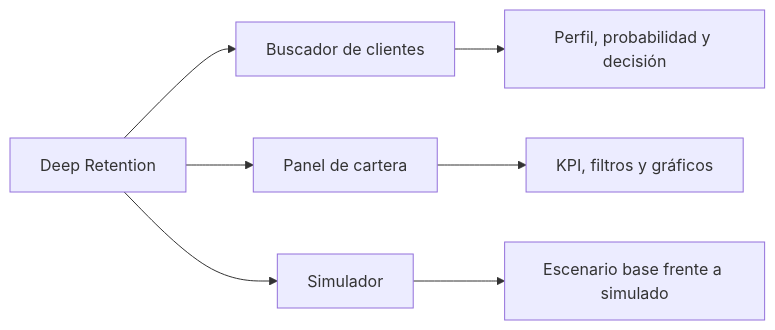
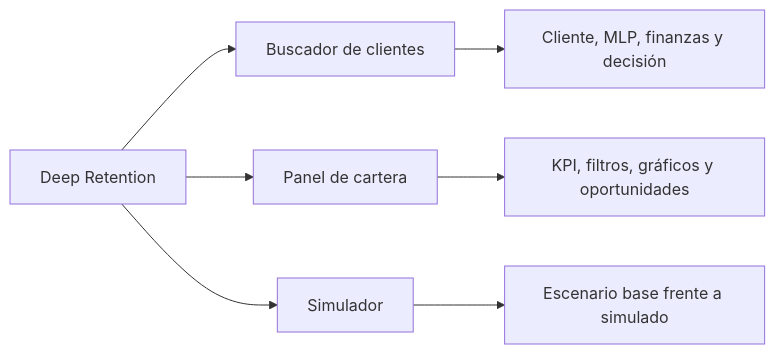
The diagram in docs/application.md (An2k24Dm/project-AI), drawn with Mermaid before and after one commit. The commit also changed other lines of this file and 19 other files, not shown here.

````diff
--- a/docs/application.md
+++ b/docs/application.md
@@ -15,9 +15,9 @@
 ```mermaid
 flowchart LR
-    I[Deep Retention] --> B[Buscador de clientes]
-    I --> D[Panel de cartera]
-    I --> S[Simulador]
-    B --> R[Perfil, probabilidad y decisión]
-    D --> A[KPI, filtros y gráficos]
-    S --> C[Escenario base frente a simulado]
+    A[Deep Retention] --> B[Buscador de clientes]
+    A --> C[Panel de cartera]
+    A --> D[Simulador]
+    B --> E[Cliente, MLP, finanzas y decisión]
+    C --> F[KPI, filtros, gráficos y oportunidades]
+    D --> G[Escenario base frente a simulado]
 ```
````
